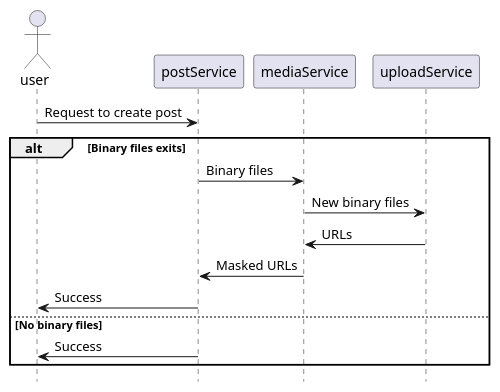
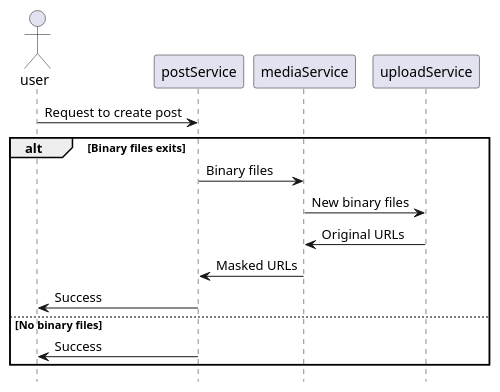
One commit to saifaldin/diagrams changed the diagram in post.createPost.sequenceDiagram.plantuml. Above: the diagram before and after it, drawn with PlantUML. The commit also changed 3 other files, not shown here.

```diff
--- a/post.createPost.sequenceDiagram.plantuml
+++ b/post.createPost.sequenceDiagram.plantuml
@@ -1,20 +1,20 @@
 @startuml
 hide footbox
 
 actor user
 
 participant postService
 participant mediaService
 participant uploadService
 
 user -> postService : Request to create post
 alt Binary files exits
 postService -> mediaService: Binary files
 mediaService -> uploadService: New binary files
-uploadService -> mediaService: URLs
+uploadService -> mediaService: Original URLs
 mediaService -> postService: Masked URLs
 postService -> user: Success
 else No binary files
 postService -> user: Success
 end
 @enduml
```
